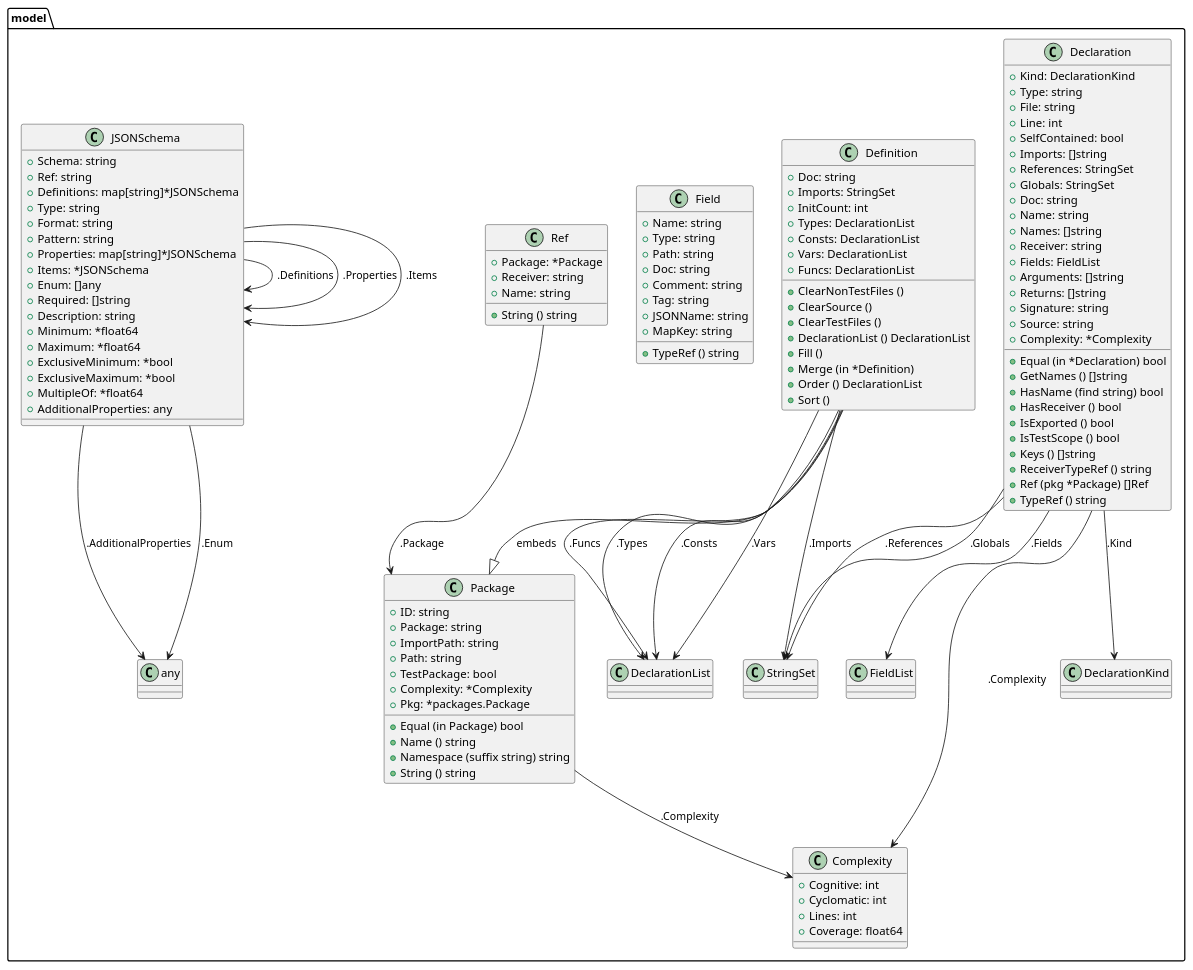
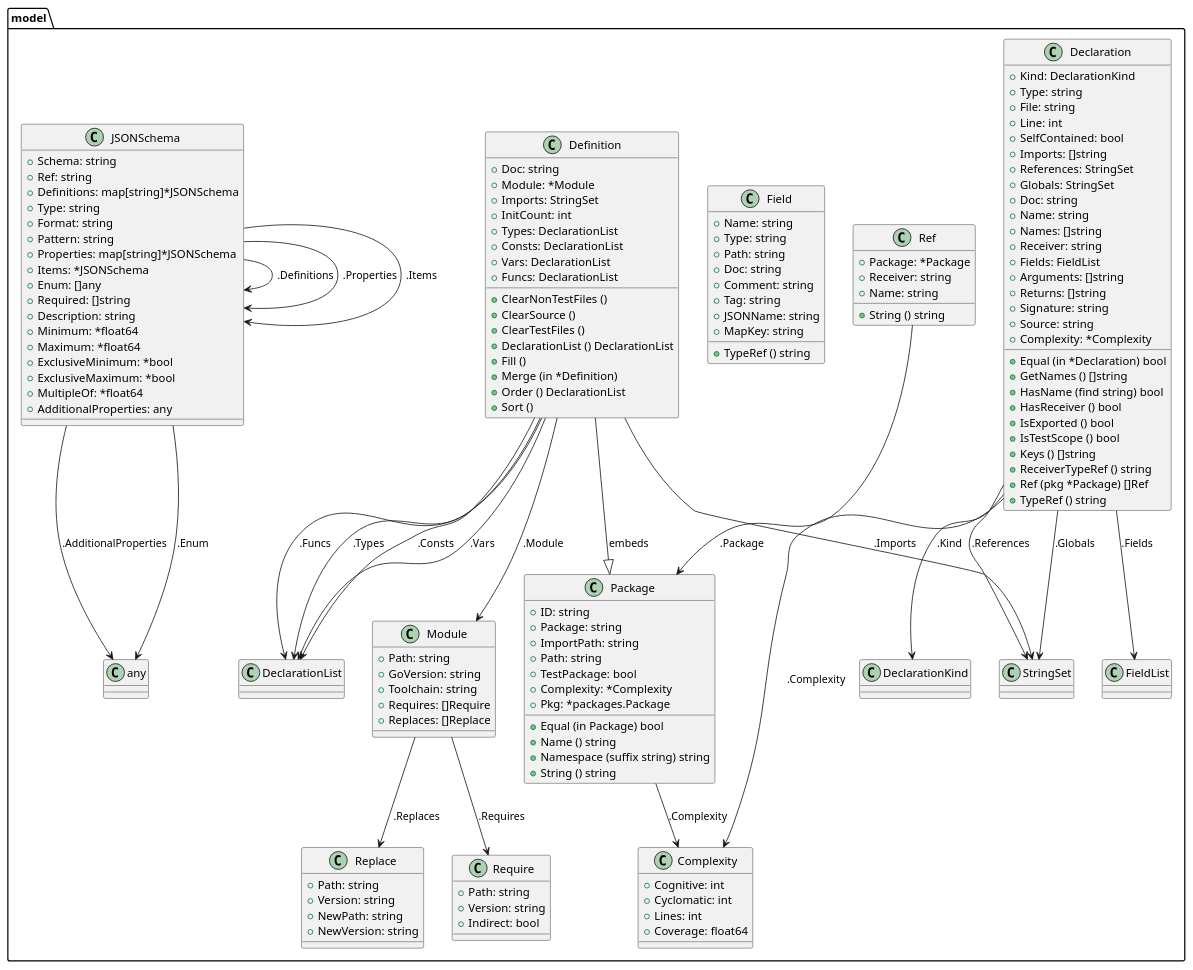
Before and after one commit to titpetric/exp: the diagram in cmd/go-fsck/model/restored/go-fsck.puml, drawn with PlantUML. The commit also changed 6 other files, not shown here.

```diff
--- a/cmd/go-fsck/model/restored/go-fsck.puml
+++ b/cmd/go-fsck/model/restored/go-fsck.puml
@@ -1,138 +1,166 @@
 @startuml
 
 class "model.Complexity" {
   + Cognitive: int
   + Cyclomatic: int
   + Lines: int
   + Coverage: float64
 }
 
 class "model.Declaration" {
   + Kind: DeclarationKind
   + Type: string
   + File: string
   + Line: int
   + SelfContained: bool
   + Imports: []string
   + References: StringSet
   + Globals: StringSet
   + Doc: string
   + Name: string
   + Names: []string
   + Receiver: string
   + Fields: FieldList
   + Arguments: []string
   + Returns: []string
   + Signature: string
   + Source: string
   + Complexity: *Complexity
   + Equal (in *Declaration) bool
   + GetNames () []string
   + HasName (find string) bool
   + HasReceiver () bool
   + IsExported () bool
   + IsTestScope () bool
   + Keys () []string
   + ReceiverTypeRef () string
   + Ref (pkg *Package) []Ref
   + TypeRef () string
 }
 
 class "model.Definition" {
   + Doc: string
+  + Module: *Module
   + Imports: StringSet
   + InitCount: int
   + Types: DeclarationList
   + Consts: DeclarationList
   + Vars: DeclarationList
   + Funcs: DeclarationList
   + ClearNonTestFiles ()
   + ClearSource ()
   + ClearTestFiles ()
   + DeclarationList () DeclarationList
   + Fill ()
   + Merge (in *Definition)
   + Order () DeclarationList
   + Sort ()
 }
 
 class "model.Field" {
   + Name: string
   + Type: string
   + Path: string
   + Doc: string
   + Comment: string
   + Tag: string
   + JSONName: string
   + MapKey: string
   + TypeRef () string
 }
 
 class "model.JSONSchema" {
   + Schema: string
   + Ref: string
   + Definitions: map[string]*JSONSchema
   + Type: string
   + Format: string
   + Pattern: string
   + Properties: map[string]*JSONSchema
   + Items: *JSONSchema
   + Enum: []any
   + Required: []string
   + Description: string
   + Minimum: *float64
   + Maximum: *float64
   + ExclusiveMinimum: *bool
   + ExclusiveMaximum: *bool
   + MultipleOf: *float64
   + AdditionalProperties: any
 }
 
+class "model.Module" {
+  + Path: string
+  + GoVersion: string
+  + Toolchain: string
+  + Requires: []Require
+  + Replaces: []Replace
+}
+
 class "model.Package" {
   + ID: string
   + Package: string
   + ImportPath: string
   + Path: string
   + TestPackage: bool
   + Complexity: *Complexity
   + Pkg: *packages.Package
   + Equal (in Package) bool
   + Name () string
   + Namespace (suffix string) string
   + String () string
 }
 
 class "model.Ref" {
   + Package: *Package
   + Receiver: string
   + Name: string
   + String () string
 }
 
+class "model.Replace" {
+  + Path: string
+  + Version: string
+  + NewPath: string
+  + NewVersion: string
+}
+
+class "model.Require" {
+  + Path: string
+  + Version: string
+  + Indirect: bool
+}
+
 
 "model.Declaration" --> "model.DeclarationKind" : .Kind
 "model.Declaration" --> "model.StringSet" : .References
 "model.Declaration" --> "model.StringSet" : .Globals
 "model.Declaration" --> "model.FieldList" : .Fields
 "model.Declaration" --> "model.Complexity" : .Complexity
 
 "model.Definition" --|> "model.Package" : embeds
+"model.Definition" --> "model.Module" : .Module
 "model.Definition" --> "model.StringSet" : .Imports
 "model.Definition" --> "model.DeclarationList" : .Types
 "model.Definition" --> "model.DeclarationList" : .Consts
 "model.Definition" --> "model.DeclarationList" : .Vars
 "model.Definition" --> "model.DeclarationList" : .Funcs
 
 
 "model.JSONSchema" --> "model.JSONSchema" : .Definitions
 "model.JSONSchema" --> "model.JSONSchema" : .Properties
 "model.JSONSchema" --> "model.JSONSchema" : .Items
 "model.JSONSchema" --> "model.any" : .Enum
 "model.JSONSchema" --> "model.any" : .AdditionalProperties
 
+"model.Module" --> "model.Require" : .Requires
+"model.Module" --> "model.Replace" : .Replaces
+
 "model.Package" --> "model.Complexity" : .Complexity
 
 "model.Ref" --> "model.Package" : .Package
 
 
+
+
 @enduml
```
